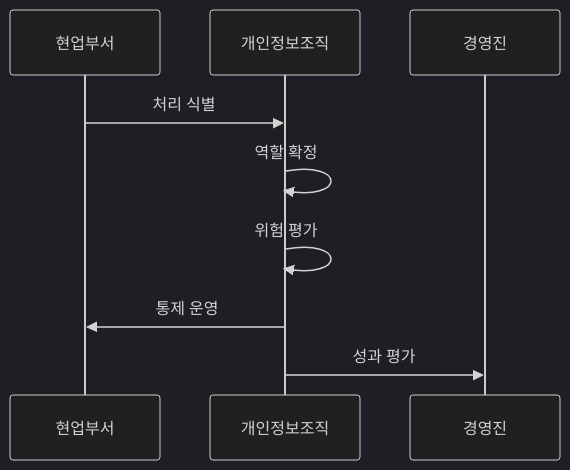
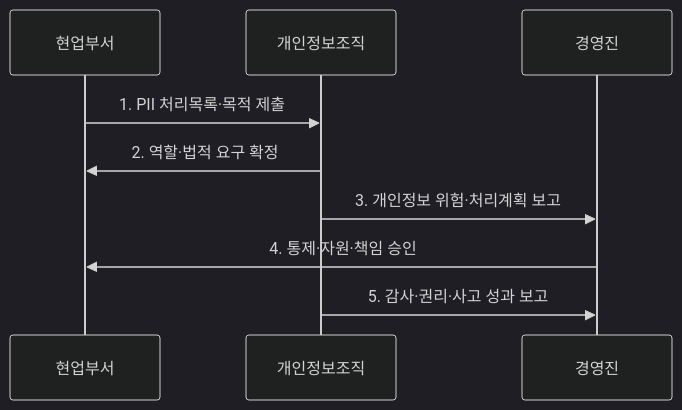
One commit to agnusdei1207/knowledge-base changed the second of 2 diagrams in src/content/docs/notes/07-law-policy/030_iso_27701.md. Above: the diagram before and after it, drawn with Mermaid (dark theme). The commit also changed other lines of this file and 9 other files, not shown here.

````diff
--- a/src/content/docs/notes/07-law-policy/030_iso_27701.md
+++ b/src/content/docs/notes/07-law-policy/030_iso_27701.md
@@ -78,11 +81,11 @@
 ```mermaid
 sequenceDiagram
     participant 현업부서
     participant 개인정보조직
     participant 경영진
-    현업부서->>개인정보조직: 처리 식별
-    개인정보조직->>개인정보조직: 역할 확정
-    개인정보조직->>개인정보조직: 위험 평가
-    개인정보조직->>현업부서: 통제 운영
-    개인정보조직->>경영진: 성과 평가
+    현업부서->>개인정보조직: 1. PII 처리목록·목적 제출
+    개인정보조직->>현업부서: 2. 역할·법적 요구 확정
+    개인정보조직->>경영진: 3. 개인정보 위험·처리계획 보고
+    경영진->>현업부서: 4. 통제·자원·책임 승인
+    개인정보조직->>경영진: 5. 감사·권리·사고 성과 보고
 ```
````
